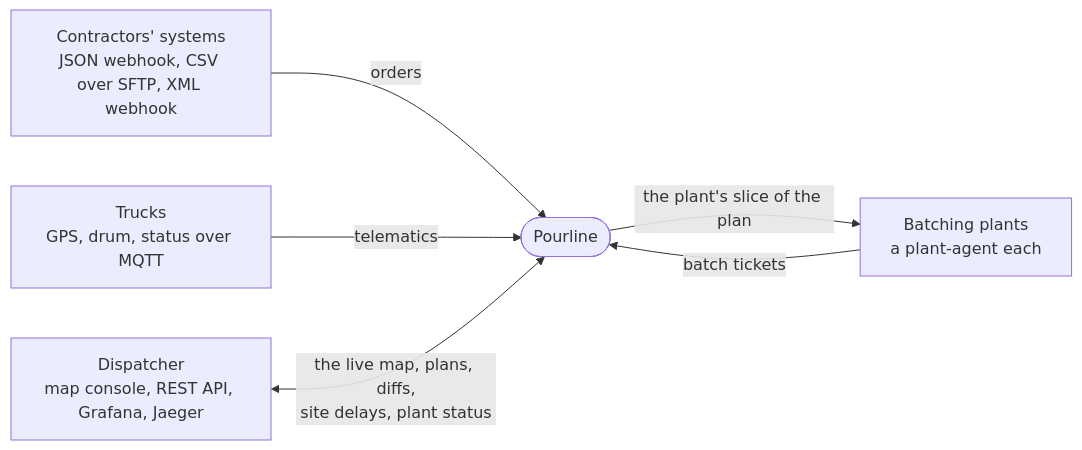
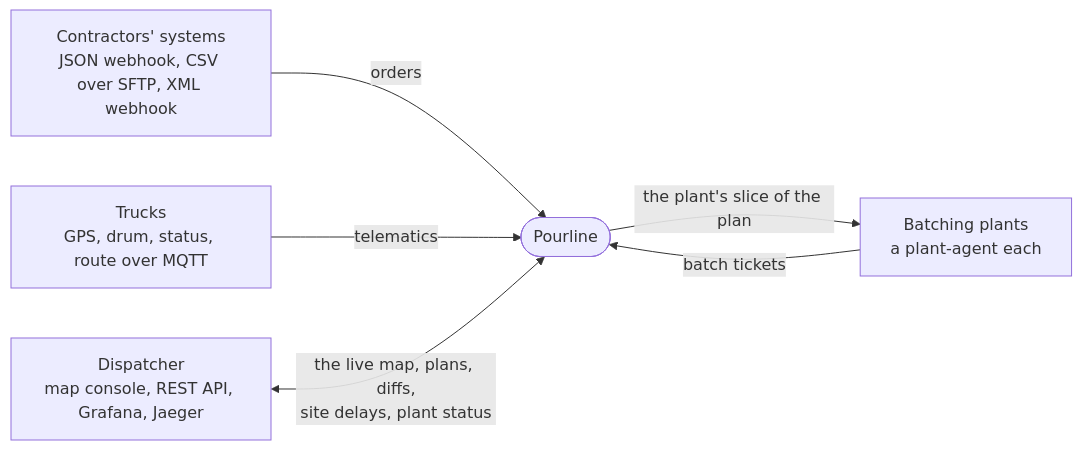
One commit to igorilic/rmc-dispatch-platform changed the first of 9 diagrams in docs/architecture.md. Above: the diagram before and after it, drawn with Mermaid. The commit also changed other lines of this file and 5 other files, not shown here.

````diff
--- a/docs/architecture.md
+++ b/docs/architecture.md
@@ -24,13 +24,13 @@
 ```mermaid
 flowchart LR
     contractors["Contractors' systems<br/>JSON webhook, CSV over SFTP, XML webhook"]
-    trucks["Trucks<br/>GPS, drum, status over MQTT"]
+    trucks["Trucks<br/>GPS, drum, status, route over MQTT"]
     plants["Batching plants<br/>a plant-agent each"]
     dispatcher["Dispatcher<br/>map console, REST API, Grafana, Jaeger"]
     pourline(["Pourline"])
     contractors -- orders --> pourline
     trucks -- telematics --> pourline
     plants -- batch tickets --> pourline
     pourline -- "the plant's slice of the plan" --> plants
     dispatcher <-- "the live map, plans, diffs,<br/>site delays, plant status" --> pourline
 ```
````
